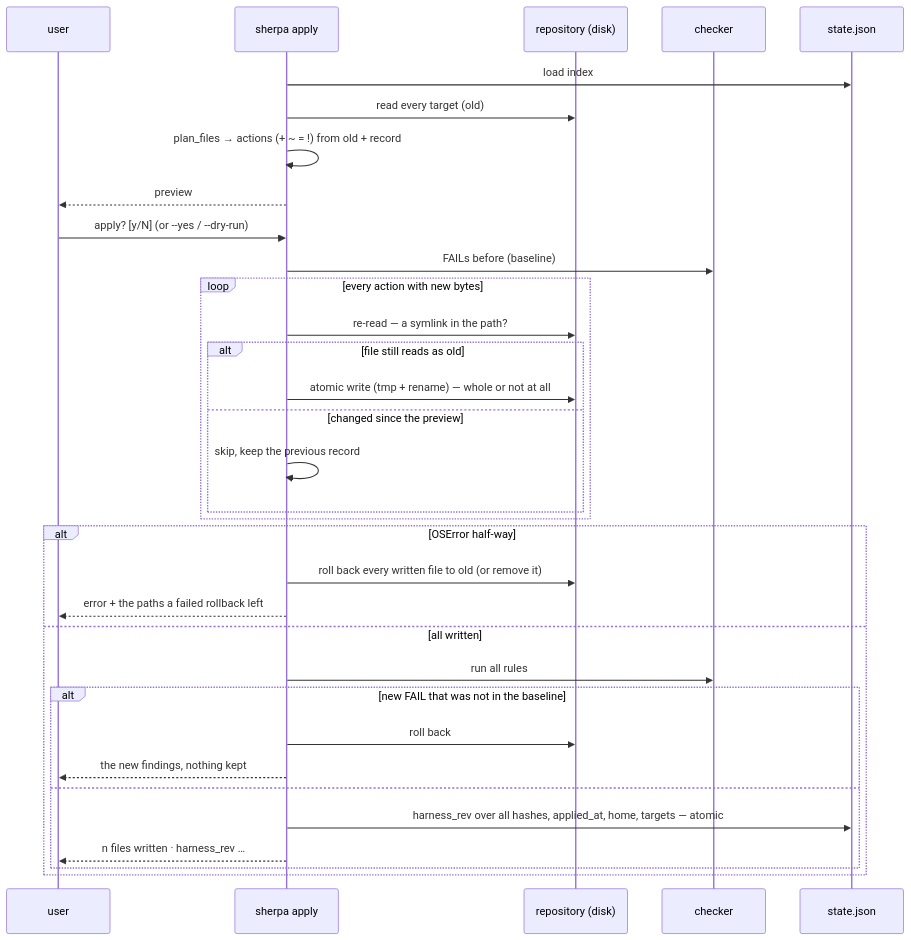
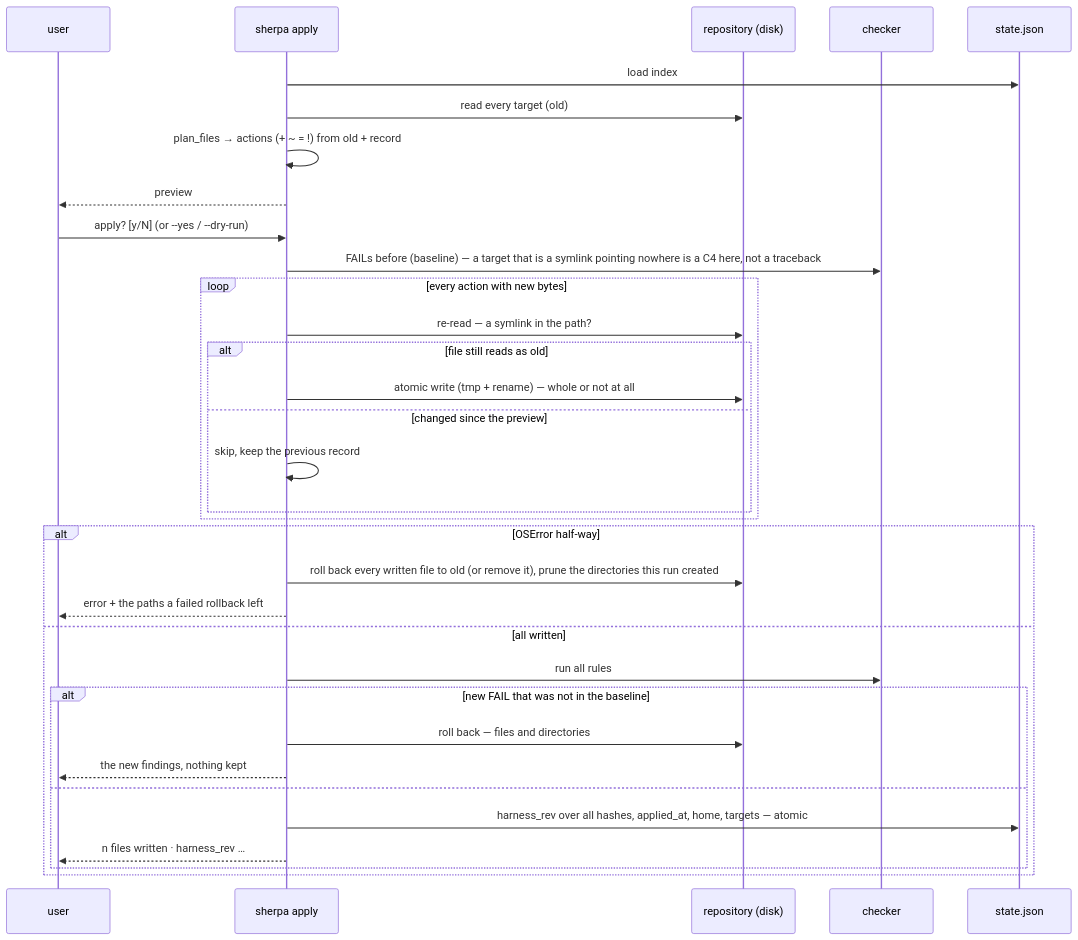
One commit to sherparc/Sherpa changed the diagram in docs/architecture/04-write-path.md. Above: the diagram before and after it, drawn with Mermaid. The commit also changed other lines of this file and 4 other files, not shown here.

````diff
--- a/docs/architecture/04-write-path.md
+++ b/docs/architecture/04-write-path.md
@@ -7,36 +8,36 @@
 ```mermaid
 sequenceDiagram
     participant U as user
     participant A as sherpa apply
     participant D as repository (disk)
     participant C as checker
     participant S as state.json
 
     A->>S: load index
     A->>D: read every target (old)
     A->>A: plan_files → actions (+ ~ = !) from old + record
     A-->>U: preview
     U->>A: apply? [y/N]  (or --yes / --dry-run)
-    A->>C: FAILs before (baseline)
+    A->>C: FAILs before (baseline) — a target that is a symlink pointing nowhere is a C4 here, not a traceback
     loop every action with new bytes
         A->>D: re-read — a symlink in the path?
         alt file still reads as old
             A->>D: atomic write (tmp + rename) — whole or not at all
         else changed since the preview
             A->>A: skip, keep the previous record
         end
     end
     alt OSError half-way
-        A->>D: roll back every written file to old (or remove it)
+        A->>D: roll back every written file to old (or remove it), prune the directories this run created
         A-->>U: error + the paths a failed rollback left
     else all written
         A->>C: run all rules
         alt new FAIL that was not in the baseline
-            A->>D: roll back
+            A->>D: roll back — files and directories
             A-->>U: the new findings, nothing kept
         else
             A->>S: harness_rev over all hashes, applied_at, home, targets — atomic
             A-->>U: n files written · harness_rev …
         end
     end
 ```
````
